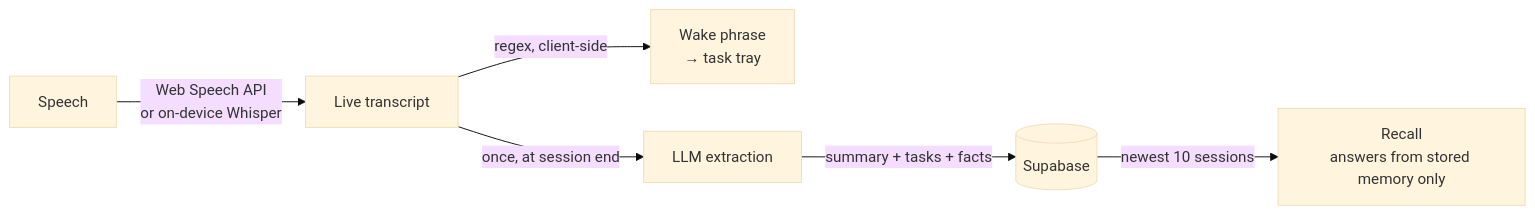
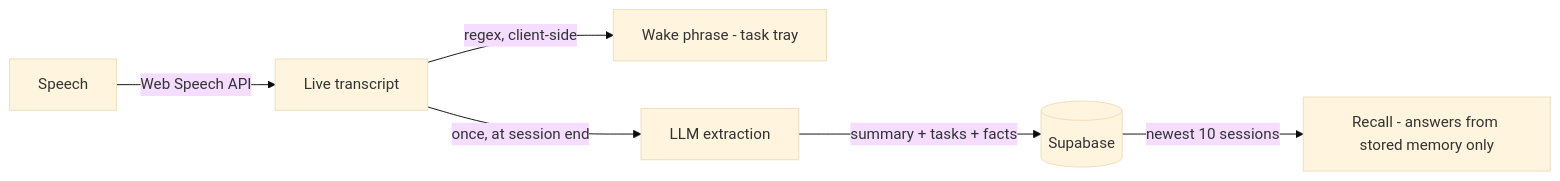
Before and after one commit to Kristiano717/iqoo: the diagram in README.md, drawn with Mermaid (base theme). The commit also changed other lines of this file and 19 other files, not shown here.

````diff
--- a/README.md
+++ b/README.md
@@ -50,8 +50,8 @@
 ```mermaid
 flowchart LR
-  A[Speech] -->|Web Speech API<br/>or on-device Whisper| B[Live transcript]
-  B -->|regex, client-side| C[Wake phrase<br/>→ task tray]
+  A[Speech] -->|Web Speech API| B[Live transcript]
+  B -->|regex, client-side| C[Wake phrase - task tray]
   B -->|once, at session end| D[LLM extraction]
   D -->|summary + tasks + facts| E[(Supabase)]
-  E -->|newest 10 sessions| F[Recall<br/>answers from stored memory only]
+  E -->|newest 10 sessions| F[Recall - answers from stored memory only]
 ```
````
